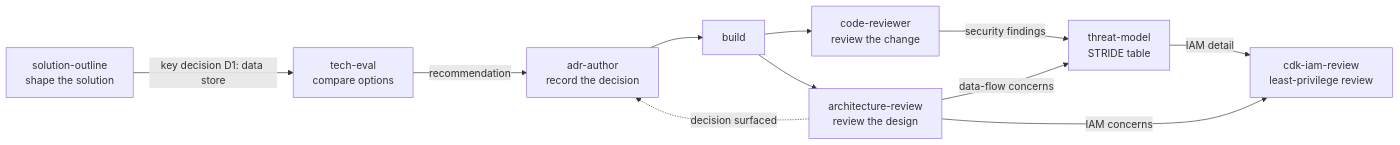
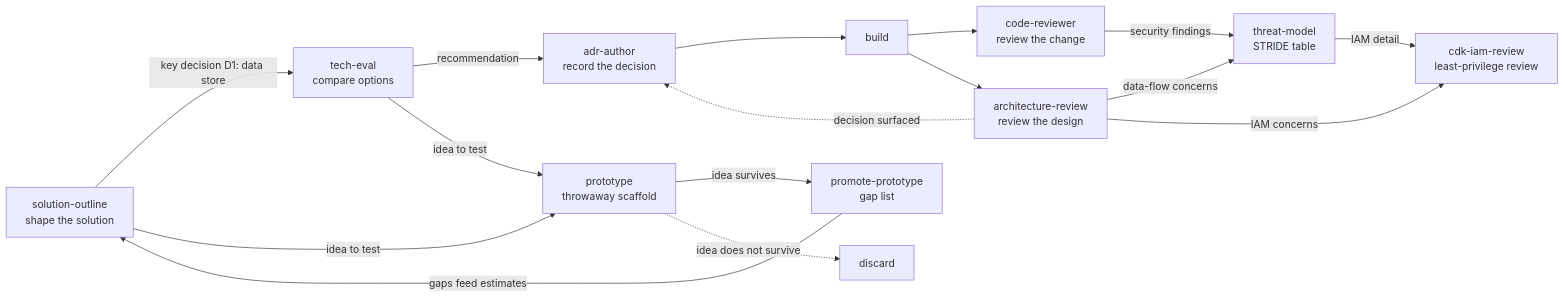
One commit to leanstacks/lstk changed the diagram in docs/examples/README.md. Above: the diagram before and after it, drawn with Mermaid. The commit also changed other lines of this file and 44 other files, not shown here.

````diff
--- a/docs/examples/README.md
+++ b/docs/examples/README.md
@@ -6,13 +6,18 @@
 ```mermaid
 flowchart LR
     A["solution-outline<br/>shape the solution"] -- "key decision D1: data store" --> B["tech-eval<br/>compare options"]
     B -- "recommendation" --> C["adr-author<br/>record the decision"]
     C --> D["build"]
     D --> E["code-reviewer<br/>review the change"]
     D --> F["architecture-review<br/>review the design"]
     F -- "data-flow concerns" --> G["threat-model<br/>STRIDE table"]
     E -- "security findings" --> G
     F -- "IAM concerns" --> H["cdk-iam-review<br/>least-privilege review"]
     G -- "IAM detail" --> H
     F -. "decision surfaced" .-> C
+    A -- "idea to test" --> P["prototype<br/>throwaway scaffold"]
+    B -- "idea to test" --> P
+    P -- "idea survives" --> Q["promote-prototype<br/>gap list"]
+    Q -- "gaps feed estimates" --> A
+    P -. "idea does not survive" .-> X["discard"]
 ```
````
